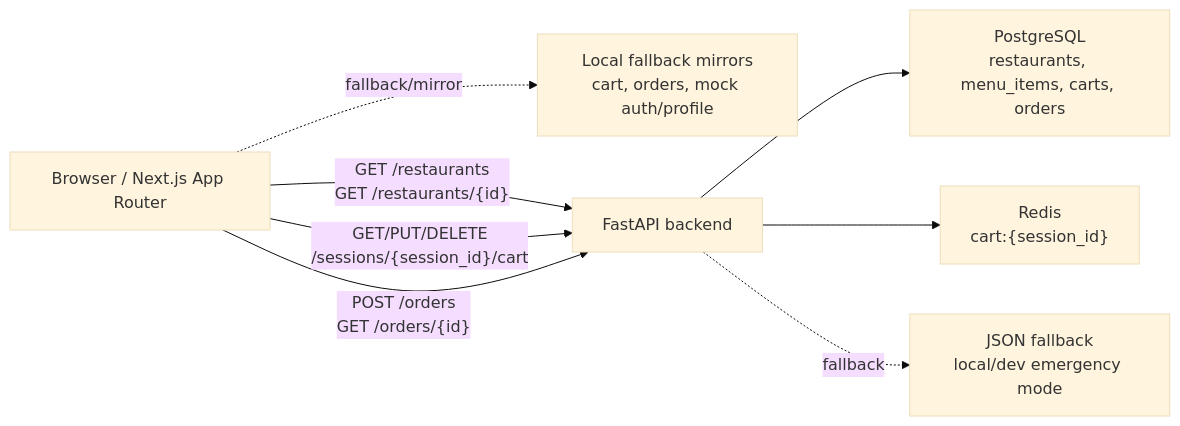
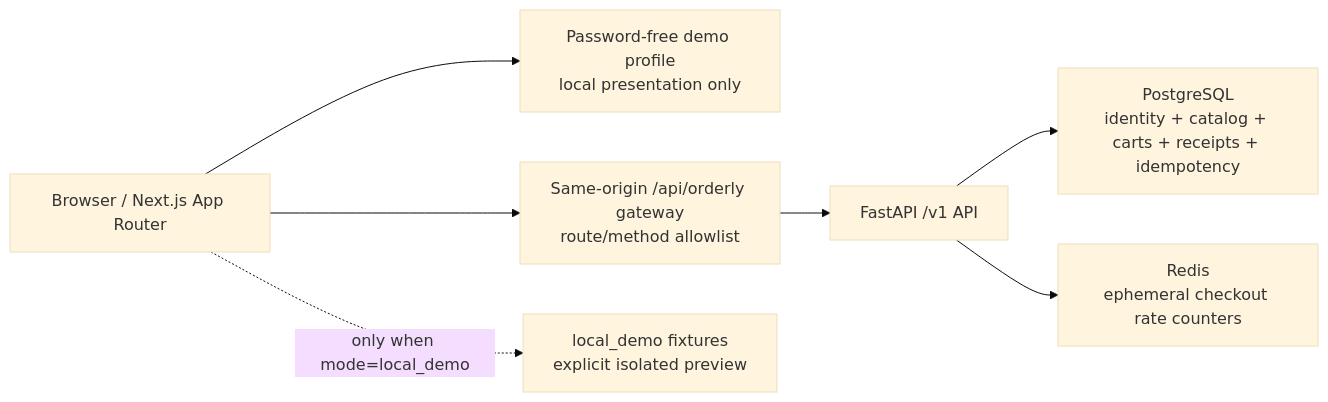
One commit to anmolsansi/OrderlyApp changed the diagram in docs/ARCHITECTURE.md. Above: the diagram before and after it, drawn with Mermaid (base theme). The commit also changed other lines of this file, not shown here.

Commit message:
docs(architecture): replace fallback model with C1-C8 boundaries [23/50] (#45)

````diff
--- a/docs/ARCHITECTURE.md
+++ b/docs/ARCHITECTURE.md
@@ -5,17 +7,17 @@
 ```mermaid
 flowchart LR
   Browser["Browser / Next.js App Router"]
-  Local["Local fallback mirrors\ncart, orders, mock auth/profile"]
-  API["FastAPI backend"]
-  PG["PostgreSQL\nrestaurants, menu_items, carts, orders"]
-  Redis["Redis\ncart:{session_id}"]
-  JSON["JSON fallback\nlocal/dev emergency mode"]
+  Profile["Password-free demo profile\nlocal presentation only"]
+  Gateway["Same-origin /api/orderly gateway\nroute/method allowlist"]
+  API["FastAPI /v1 API"]
+  PG["PostgreSQL\nidentity + catalog + carts + receipts + idempotency"]
+  Redis["Redis\nephemeral checkout rate counters"]
+  Preview["local_demo fixtures\nexplicit isolated preview"]
 
-  Browser -->|"GET /restaurants\nGET /restaurants/{id}"| API
-  Browser -->|"GET/PUT/DELETE\n/sessions/{session_id}/cart"| API
-  Browser -->|"POST /orders\nGET /orders/{id}"| API
-  Browser -. "fallback/mirror" .-> Local
+  Browser --> Profile
+  Browser --> Gateway
+  Gateway --> API
   API --> PG
   API --> Redis
-  API -. "fallback" .-> JSON
+  Browser -. "only when mode=local_demo" .-> Preview
 ```
````
